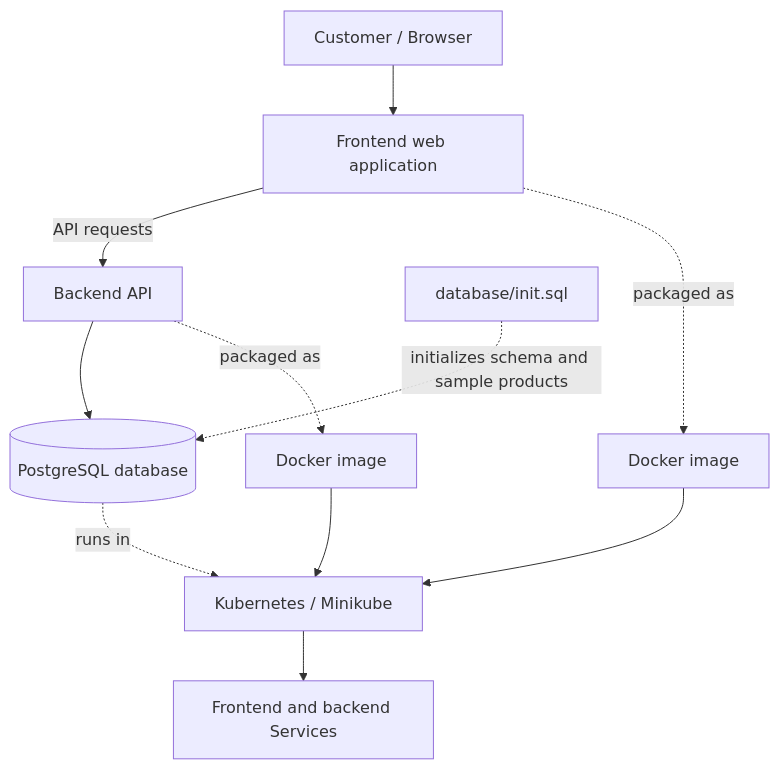
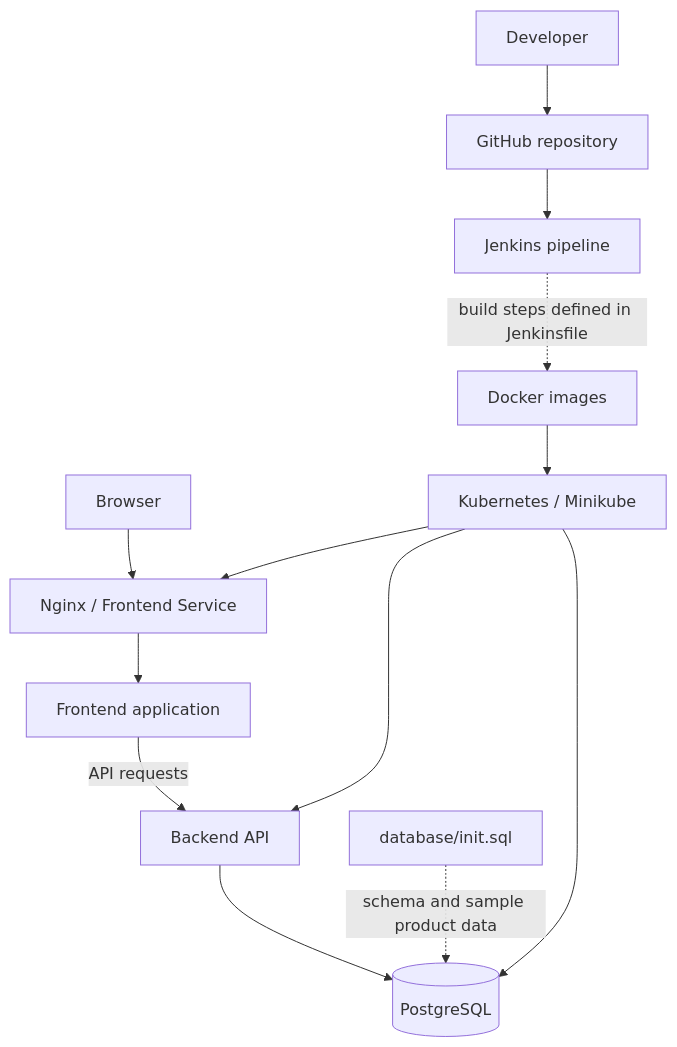
Before and after one commit to bevararaghu5-netizen/go-furniture: the diagram in README.md, drawn with Mermaid. The commit also changed other lines of this file, not shown here.

Commit message:
Update README with DevOps project documentation

````diff
--- a/README.md
+++ b/README.md
@@ -37,13 +35,15 @@
 ```mermaid
 flowchart TD
-    U[Customer / Browser] --> FE[Frontend web application]
+    DEV[Developer] --> GH[GitHub repository]
+    GH --> J[Jenkins pipeline]
+    J -. build steps defined in Jenkinsfile .-> IMG[Docker images]
+    IMG --> K[Kubernetes / Minikube]
+    B[Browser] --> N[Nginx / Frontend Service]
+    N --> FE[Frontend application]
     FE -->|API requests| BE[Backend API]
-    BE --> DB[(PostgreSQL database)]
-    INIT[database/init.sql] -. initializes schema and sample products .-> DB
-    FE -. packaged as .-> D1[Docker image]
-    BE -. packaged as .-> D2[Docker image]
-    DB -. runs in .-> K[Kubernetes / Minikube]
-    D1 --> K
-    D2 --> K
-    K --> S[Frontend and backend Services]
+    BE --> DB[(PostgreSQL)]
+    SQL[database/init.sql] -. schema and sample product data .-> DB
+    K --> N
+    K --> BE
+    K --> DB
 ```
````
